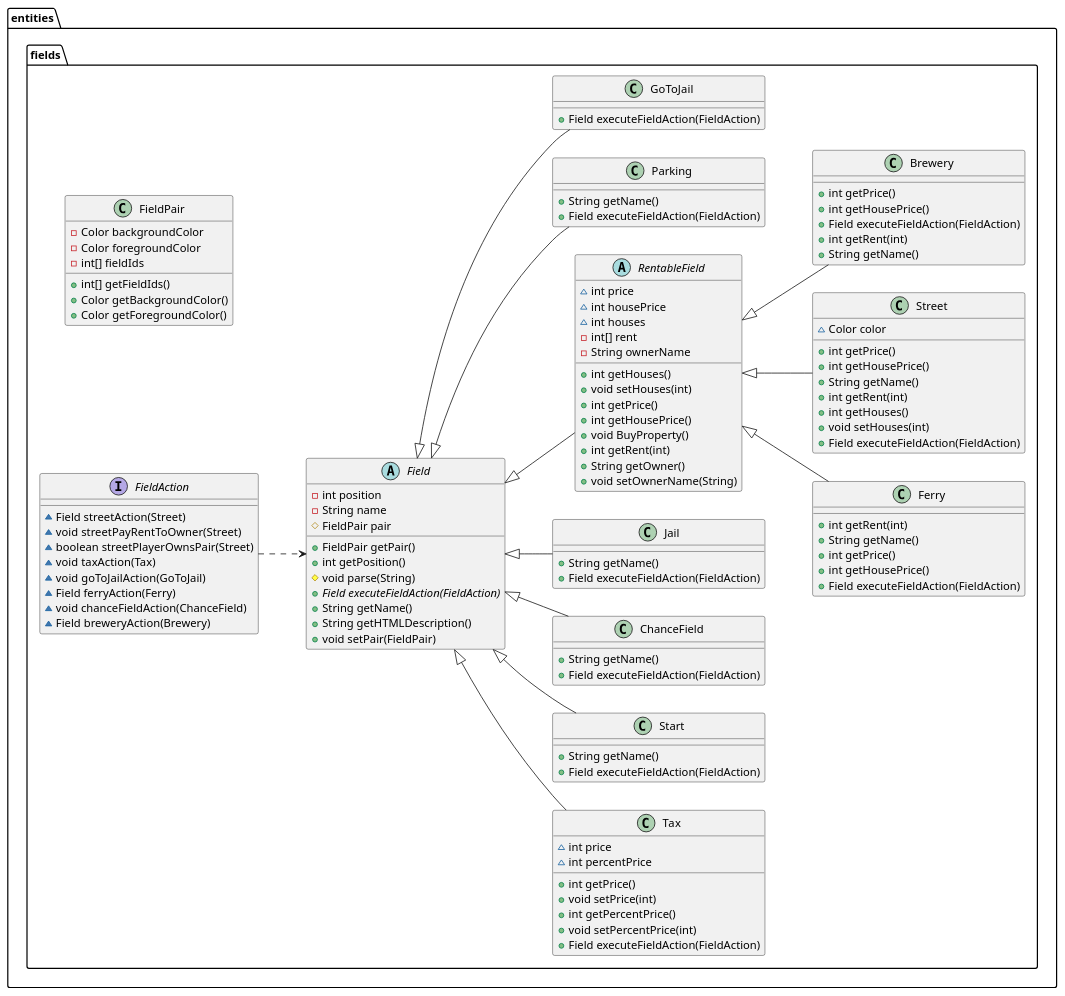
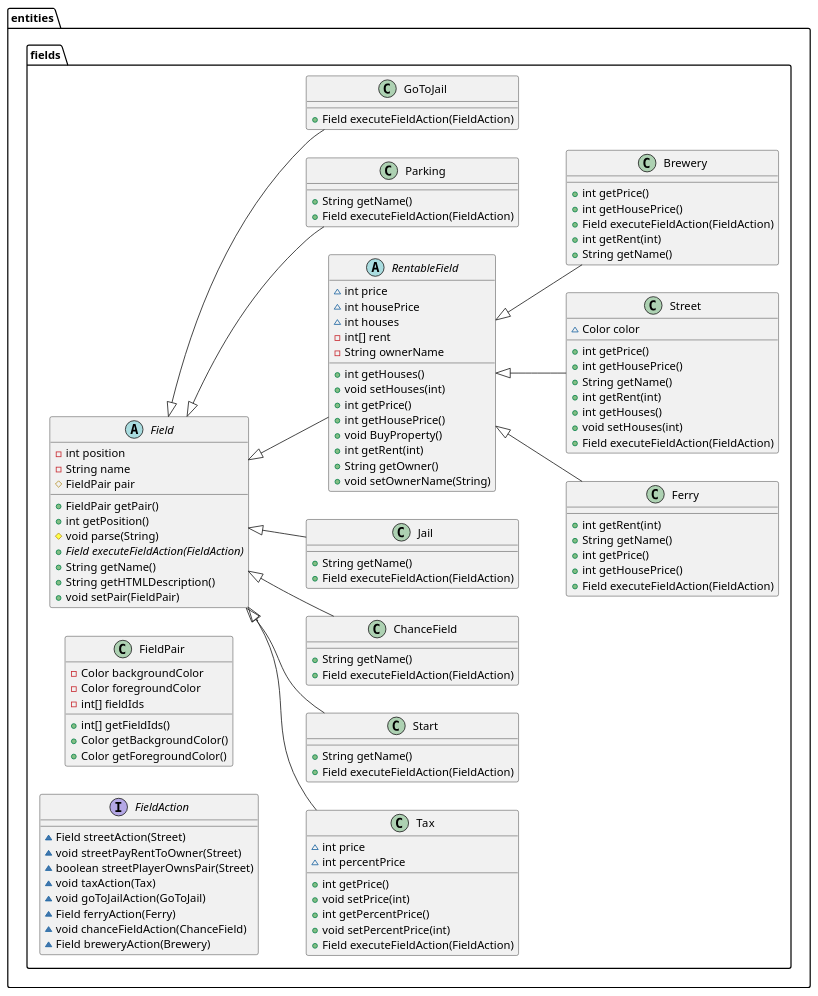
The diagram in diagrams/FieldsClassDiagram.puml (xdTobs/_22_del3), drawn with PlantUML before and after one commit. The commit also changed 5 other files, not shown here.

```diff
--- a/diagrams/FieldsClassDiagram.puml
+++ b/diagrams/FieldsClassDiagram.puml
@@ -1,113 +1,113 @@
 @startuml
 left to right direction
 class entities.fields.Ferry {
 + int getRent(int)
 + String getName()
 + int getPrice()
 + int getHousePrice()
 + Field executeFieldAction(FieldAction)
 }
 class entities.fields.Street {
 ~ Color color
 + int getPrice()
 + int getHousePrice()
 + String getName()
 + int getRent(int)
 + int getHouses()
 + void setHouses(int)
 + Field executeFieldAction(FieldAction)
 }
 class entities.fields.Tax {
 ~ int price
 ~ int percentPrice
 + int getPrice()
 + void setPrice(int)
 + int getPercentPrice()
 + void setPercentPrice(int)
 + Field executeFieldAction(FieldAction)
 }
 class entities.fields.Start {
 + String getName()
 + Field executeFieldAction(FieldAction)
 }
 class entities.fields.ChanceField {
 + String getName()
 + Field executeFieldAction(FieldAction)
 }
 class entities.fields.Jail {
 + String getName()
 + Field executeFieldAction(FieldAction)
 }
 class entities.fields.Brewery {
 + int getPrice()
 + int getHousePrice()
 + Field executeFieldAction(FieldAction)
 + int getRent(int)
 + String getName()
 }
 abstract class entities.fields.Field {
 - int position
 - String name
 # FieldPair pair
 + FieldPair getPair()
 + int getPosition()
 # void parse(String)
 + {abstract}Field executeFieldAction(FieldAction)
 + String getName()
 + String getHTMLDescription()
 + void setPair(FieldPair)
 }
 abstract class entities.fields.RentableField {
 ~ int price
 ~ int housePrice
 ~ int houses
 - int[] rent
 - String ownerName
 + int getHouses()
 + void setHouses(int)
 + int getPrice()
 + int getHousePrice()
 + void BuyProperty()
 + int getRent(int)
 + String getOwner()
 + void setOwnerName(String)
 }
 class entities.fields.FieldPair {
 - Color backgroundColor
 - Color foregroundColor
 - int[] fieldIds
 + int[] getFieldIds()
 + Color getBackgroundColor()
 + Color getForegroundColor()
 }
 class entities.fields.Parking {
 + String getName()
 + Field executeFieldAction(FieldAction)
 }
 interface entities.fields.FieldAction {
 ~ Field streetAction(Street)
 ~ void streetPayRentToOwner(Street)
 ~ boolean streetPlayerOwnsPair(Street)
 ~ void taxAction(Tax)
 ~ void goToJailAction(GoToJail)
 ~ Field ferryAction(Ferry)
 ~ void chanceFieldAction(ChanceField)
 ~ Field breweryAction(Brewery)
 }
 class entities.fields.GoToJail {
 + Field executeFieldAction(FieldAction)
 }
 
 
 entities.fields.RentableField <|-- entities.fields.Ferry
 entities.fields.RentableField <|-- entities.fields.Street
 entities.fields.Field <|-- entities.fields.Tax
 entities.fields.Field <|-- entities.fields.Start
 entities.fields.Field <|-- entities.fields.ChanceField
 entities.fields.Field <|-- entities.fields.Jail
 entities.fields.RentableField <|-- entities.fields.Brewery
 entities.fields.Field <|-- entities.fields.RentableField
 entities.fields.Field <|-- entities.fields.Parking
 entities.fields.Field <|-- entities.fields.GoToJail
-entities.fields.FieldAction ..>entities.fields.Field
+'entities.fields.FieldAction ..>entities.fields.Field
 @enduml
```
